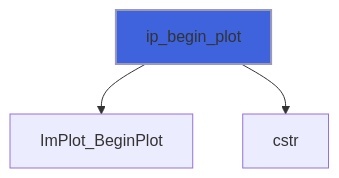
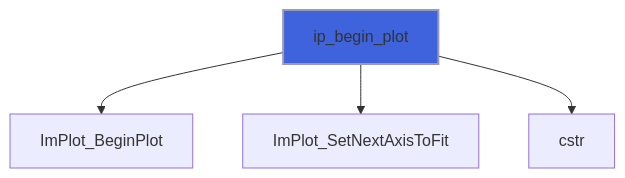
Diagram 26 of 37 in docs/api/src/lib/figure_implot.md (szaghi/figure), drawn with Mermaid before and after one commit. The commit also changed other lines of this file and 25 other files, not shown here.

````diff
--- a/docs/api/src/lib/figure_implot.md
+++ b/docs/api/src/lib/figure_implot.md
@@ -873,6 +902,7 @@
 ```mermaid
 flowchart TD
   ip_begin_plot["ip_begin_plot"] --> ImPlot_BeginPlot["ImPlot_BeginPlot"]
+  ip_begin_plot["ip_begin_plot"] --> ImPlot_SetNextAxisToFit["ImPlot_SetNextAxisToFit"]
   ip_begin_plot["ip_begin_plot"] --> cstr["cstr"]
   style ip_begin_plot fill:#3e63dd,stroke:#99b,stroke-width:2px
 ```
````
